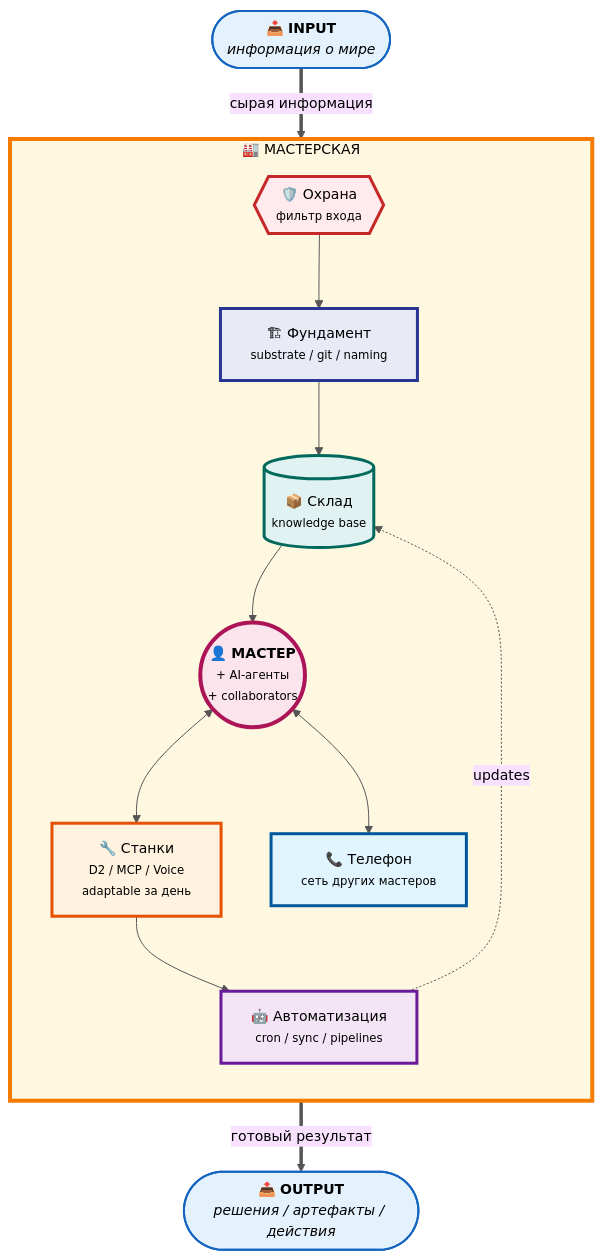
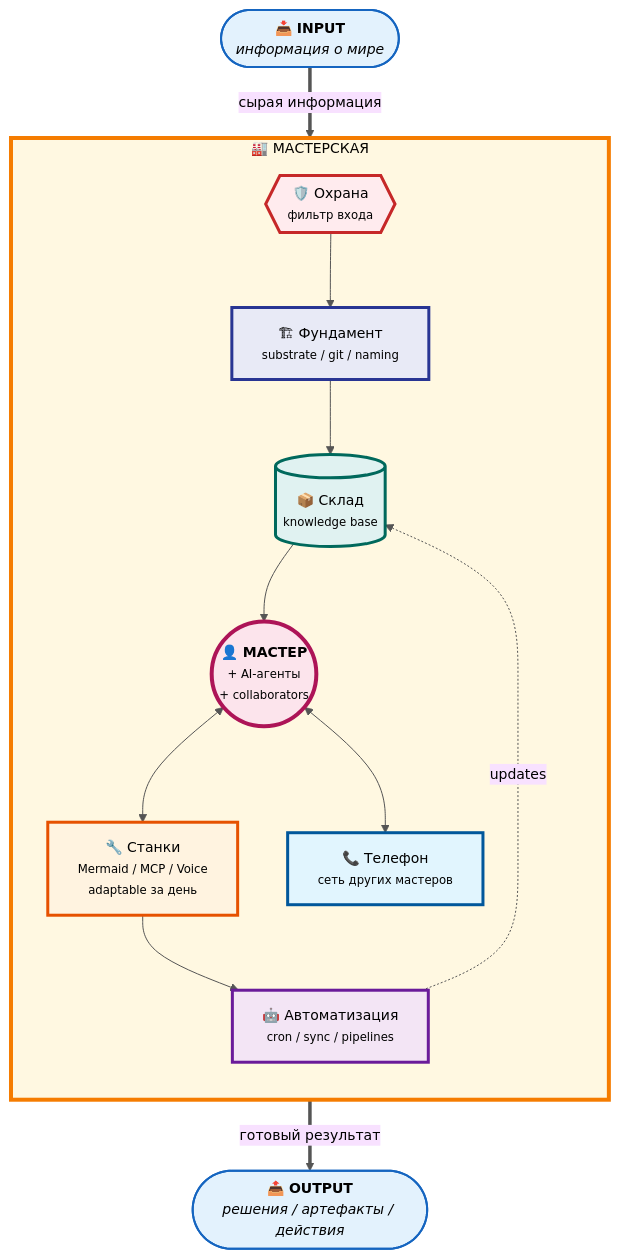
Before and after one commit to Bogersebekov/jetix-os: the diagram in swarm/wiki/synthesis/diagrams-2026-05-07/01-workshop-7-elements.md, drawn with Mermaid. The commit also changed 1 other file, not shown here.

Commit message:
[prompt+fix] Server CC Mermaid mastery brigadier prompt + Workshop станки D2→Mermaid label fix

````diff
--- a/swarm/wiki/synthesis/diagrams-2026-05-07/01-workshop-7-elements.md
+++ b/swarm/wiki/synthesis/diagrams-2026-05-07/01-workshop-7-elements.md
@@ -16,43 +16,43 @@
 ```mermaid
 %%{init: {'theme':'base', 'themeVariables': {'primaryColor':'#fff8e1', 'primaryTextColor':'#000', 'primaryBorderColor':'#f57c00', 'lineColor':'#555', 'fontFamily':'Inter, sans-serif', 'fontSize':'14px'}}}%%
 flowchart TB
     INPUT(["📥 <b>INPUT</b><br/><i>информация о мире</i>"]):::cloud
 
     subgraph WORKSHOP ["🏭 МАСТЕРСКАЯ"]
         direction TB
 
         GUARD{{"🛡️ Охрана<br/><small>фильтр входа</small>"}}:::guard
         FOUNDATION["🏗 Фундамент<br/><small>substrate / git / naming</small>"]:::foundation
         STORAGE[("📦 Склад<br/><small>knowledge base</small>")]:::storage
 
         MASTER(("👤 <b>МАСТЕР</b><br/><small>+ AI-агенты<br/>+ collaborators</small>")):::master
 
-        TOOLS["🔧 Станки<br/><small>D2 / MCP / Voice<br/>adaptable за день</small>"]:::tools
+        TOOLS["🔧 Станки<br/><small>Mermaid / MCP / Voice<br/>adaptable за день</small>"]:::tools
         AUTO["🤖 Автоматизация<br/><small>cron / sync / pipelines</small>"]:::auto
         PHONE["📞 Телефон<br/><small>сеть других мастеров</small>"]:::phone
 
         GUARD --> FOUNDATION
         FOUNDATION --> STORAGE
         STORAGE --> MASTER
         MASTER <--> TOOLS
         TOOLS --> AUTO
         AUTO -.->|updates| STORAGE
         MASTER <--> PHONE
     end
 
     OUTPUT(["📤 <b>OUTPUT</b><br/><i>решения / артефакты / действия</i>"]):::cloud
 
     INPUT ==>|сырая информация| GUARD
     MASTER ==>|готовый результат| OUTPUT
 
     classDef cloud fill:#e3f2fd,stroke:#1565c0,stroke-width:2px,color:#000
     classDef guard fill:#ffebee,stroke:#c62828,stroke-width:3px,color:#000
     classDef foundation fill:#e8eaf6,stroke:#283593,stroke-width:3px,color:#000
     classDef storage fill:#e0f2f1,stroke:#00695c,stroke-width:3px,color:#000
     classDef master fill:#fce4ec,stroke:#ad1457,stroke-width:4px,color:#000
     classDef tools fill:#fff3e0,stroke:#e65100,stroke-width:3px,color:#000
     classDef auto fill:#f3e5f5,stroke:#6a1b9a,stroke-width:3px,color:#000
     classDef phone fill:#e1f5fe,stroke:#01579b,stroke-width:3px,color:#000
 
     style WORKSHOP fill:#fff8e1,stroke:#f57c00,stroke-width:4px
 ```
````
